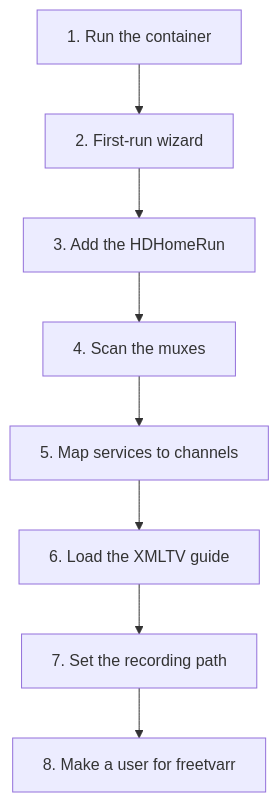
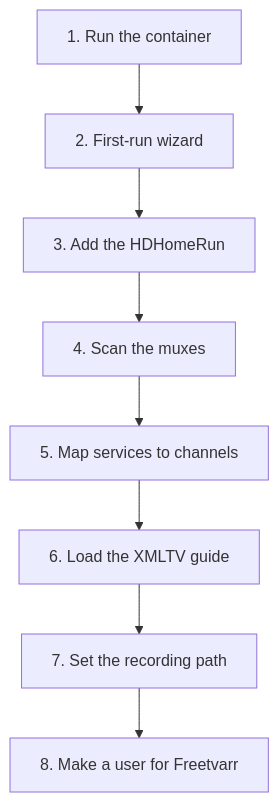
Before and after one commit to furey/freetvarr: the diagram in docs/guide/tvheadend.md, drawn with Mermaid. The commit also changed other lines of this file and 24 other files, not shown here.

````diff
--- a/docs/guide/tvheadend.md
+++ b/docs/guide/tvheadend.md
@@ -14,10 +14,10 @@
 ```mermaid
 flowchart TD
   a["1. Run the container"] --> b["2. First-run wizard"]
   b --> c["3. Add the HDHomeRun"]
   c --> d["4. Scan the muxes"]
   d --> e["5. Map services to channels"]
   e --> f["6. Load the XMLTV guide"]
   f --> g["7. Set the recording path"]
-  g --> h["8. Make a user for freetvarr"]
+  g --> h["8. Make a user for Freetvarr"]
 ```
````
